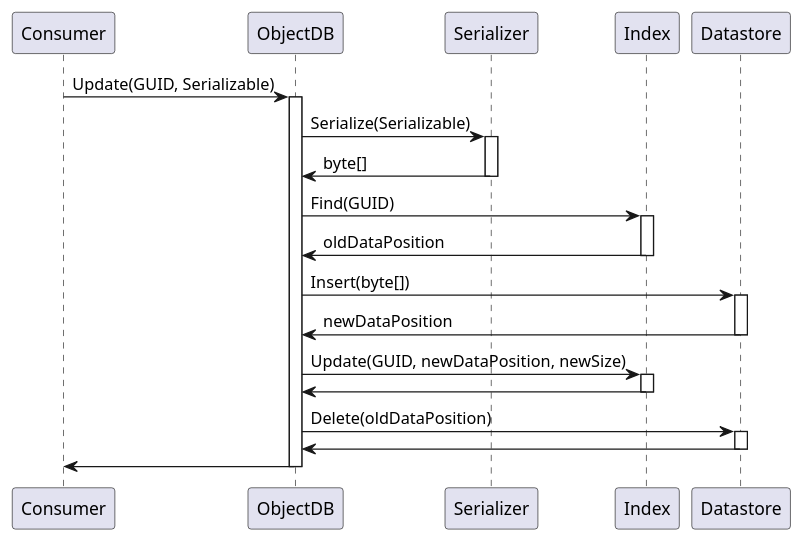
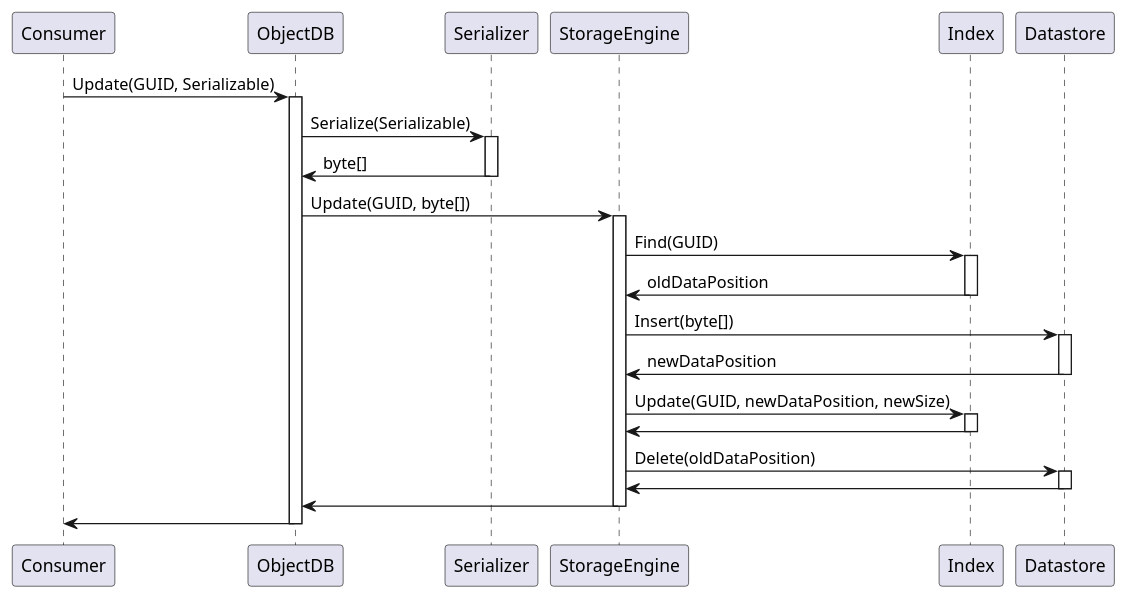
The diagram in doc/sd-update.puml (markus-wa/ObjectOrientedDB), drawn with PlantUML before and after one commit.

```diff
--- a/doc/sd-update.puml
+++ b/doc/sd-update.puml
@@ -1,27 +1,30 @@
 @startuml
 participant Consumer
 participant ObjectDB
 participant Serializer
+participant StorageEngine
 participant Index
 participant Datastore
 
 Consumer -> ObjectDB ++: Update(GUID, Serializable)
 
 ObjectDB  -> Serializer ++: Serialize(Serializable)
 Serializer -> ObjectDB --: byte[]
 
-ObjectDB -> Index ++: Find(GUID)
-Index -> ObjectDB --: oldDataPosition
+ObjectDB -> StorageEngine ++: Update(GUID, byte[])
+StorageEngine -> Index ++: Find(GUID)
+Index -> StorageEngine --: oldDataPosition
 
-ObjectDB -> Datastore ++: Insert(byte[])
-Datastore -> ObjectDB --: newDataPosition
+StorageEngine -> Datastore ++: Insert(byte[])
+Datastore -> StorageEngine --: newDataPosition
 
-ObjectDB -> Index ++: Update(GUID, newDataPosition, newSize)
-Index -> ObjectDB --
+StorageEngine -> Index ++: Update(GUID, newDataPosition, newSize)
+Index -> StorageEngine --
 
-ObjectDB -> Datastore ++: Delete(oldDataPosition)
-Datastore -> ObjectDB --
+StorageEngine -> Datastore ++: Delete(oldDataPosition)
+Datastore -> StorageEngine --
+StorageEngine -> ObjectDB --
 
 ObjectDB -> Consumer --
 
 @enduml
```
